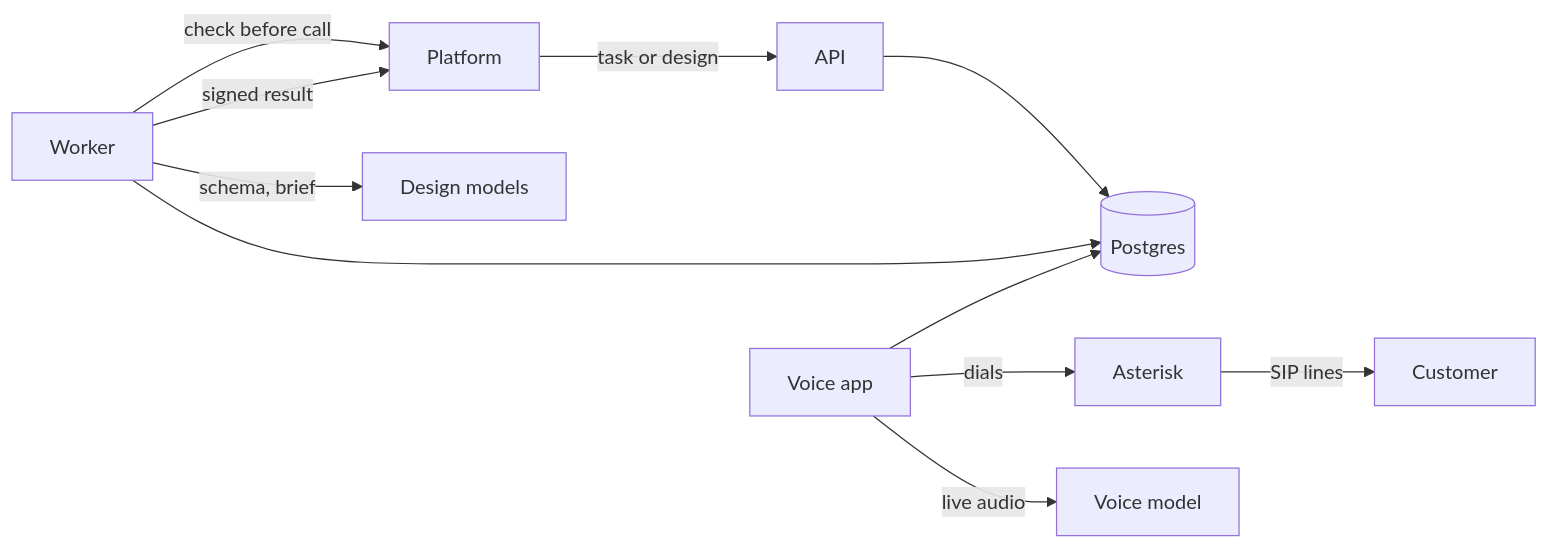
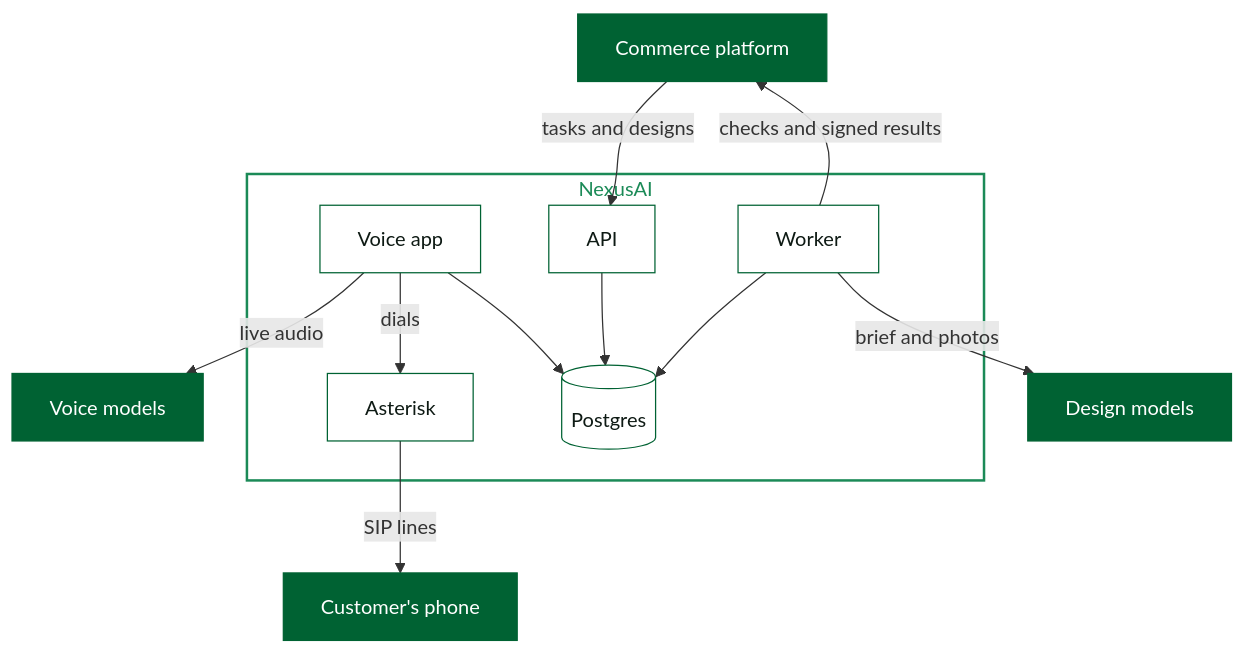
One commit to GHanamaAhmed/NexusAI changed the diagram in README.md. Above: the diagram before and after it, drawn with Mermaid.

Commit message:
README: a clearer architecture diagram

````diff
--- a/README.md
+++ b/README.md
@@ -65,13 +65,33 @@
 ```mermaid
-flowchart LR
-  platform[Platform] -- task or design --> api[API]
-  api --> db[(Postgres)]
-  worker[Worker] -- check before call --> platform
+flowchart TB
+  platform[Commerce platform]
+  voiceModels[Voice models]
+
+  subgraph nexus [NexusAI]
+    voice[Voice app]
+    api[API]
+    worker[Worker]
+    asterisk[Asterisk]
+    db[(Postgres)]
+  end
+
+  designModels[Design models]
+  phone[Customer's phone]
+
+  platform ~~~ worker
+  platform -- tasks and designs --> api
+  worker -- checks and signed results --> platform
+  voice -- live audio --> voiceModels
+  voice -- dials --> asterisk
+  voice --> db
+  api --> db
   worker --> db
-  voice[Voice app] --> db
-  voice -- dials --> asterisk[Asterisk]
-  asterisk -- SIP lines --> phone[Customer]
-  voice -- live audio --> model[Voice model]
-  worker -- signed result --> platform
-  worker -- schema, brief --> meta[Design models]
+  worker -- brief and photos --> designModels
+  asterisk -- SIP lines --> phone
+
+  classDef part fill:#FFFFFF,stroke:#006233,color:#0E1A14
+  classDef outside fill:#006233,stroke:#006233,color:#FFFFFF
+  class api,worker,voice,db,asterisk part
+  class platform,phone,voiceModels,designModels outside
+  style nexus fill:transparent,stroke:#1B8A57,stroke-width:2px,color:#1B8A57
 ```
````
